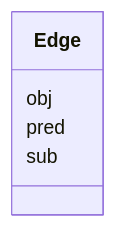
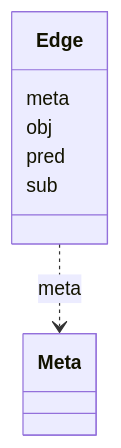
Before and after one commit to INCATools/ontology-access-kit: the diagram in docs/datamodels/obograph/Edge.md, drawn with Mermaid. The commit also changed other lines of this file and 521 other files, not shown here.

````diff
--- a/docs/datamodels/obograph/Edge.md
+++ b/docs/datamodels/obograph/Edge.md
@@ -8,8 +11,15 @@
 ```{mermaid}
  classDiagram
     class Edge
+      Edge : meta
+        
+          Edge ..> Meta : meta
+        
       Edge : obj
+        
       Edge : pred
+        
       Edge : sub
+        
       
 ```
````
